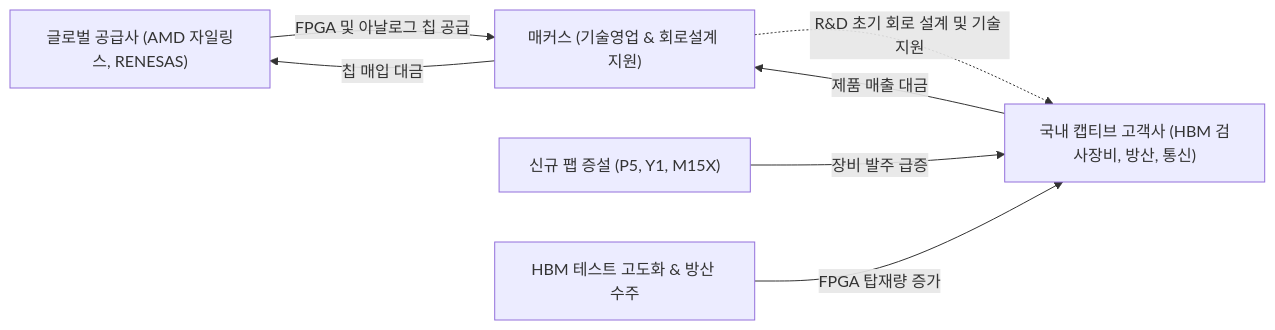
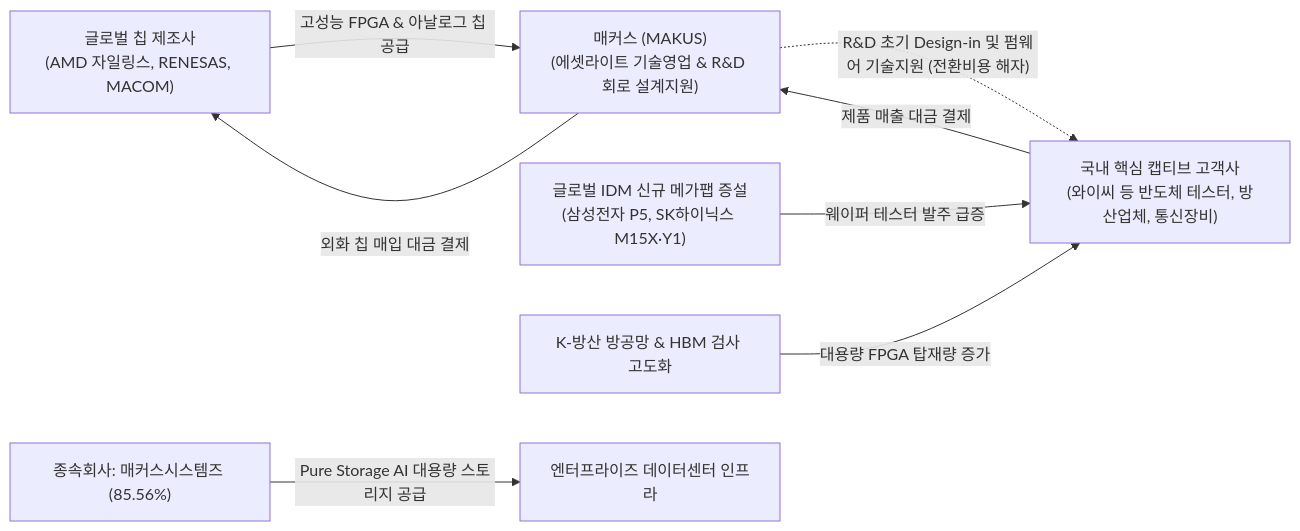
Before and after one commit to eve830521-cmd/my-skill: the diagram in Stock_Research/매커스/3_Final_Reports/Phase1_Report.md, drawn with Mermaid. The commit also changed other lines of this file and 37 other files, not shown here.

````diff
--- a/Stock_Research/매커스/3_Final_Reports/Phase1_Report.md
+++ b/Stock_Research/매커스/3_Final_Reports/Phase1_Report.md
@@ -22,9 +16,10 @@
 ```mermaid
 graph LR
-    A["글로벌 공급사 (AMD 자일링스, RENESAS)"] -->|"FPGA 및 아날로그 칩 공급"| B["매커스 (기술영업 & 회로설계 지원)"]
-    B -. "R&D 초기 회로 설계 및 기술 지원" .-> C["국내 캡티브 고객사 (HBM 검사장비, 방산, 통신)"]
-    C -->|"제품 매출 대금"| B
-    B -->|"칩 매입 대금"| A
-    D["신규 팹 증설 (P5, Y1, M15X)"] -->|"장비 발주 급증"| C
-    E["HBM 테스트 고도화 & 방산 수주"] -->|"FPGA 탑재량 증가"| C
+    A["글로벌 칩 제조사<br>(AMD 자일링스, RENESAS, MACOM)"] -->|"고성능 FPGA & 아날로그 칩 공급"| B["매커스 (MAKUS)<br>(에셋라이트 기술영업 & R&D 회로 설계지원)"]
+    B -. "R&D 초기 Design-in 및 펌웨어 기술지원 (전환비용 해자)" .-> C["국내 핵심 캡티브 고객사<br>(와이씨 등 반도체 테스터, 방산업체, 통신장비)"]
+    C -->|"제품 매출 대금 결제"| B
+    B -->|"외화 칩 매입 대금 결제"| A
+    D["글로벌 IDM 신규 메가팹 증설<br>(삼성전자 P5, SK하이닉스 M15X·Y1)"] -->|"웨이퍼 테스터 발주 급증"| C
+    E["K-방산 방공망 & HBM 검사 고도화"] -->|"대용량 FPGA 탑재량 증가"| C
+    F["종속회사: 매커스시스템즈 (85.56%)"] -->|"Pure Storage AI 대용량 스토리지 공급"| G["엔터프라이즈 데이터센터 인프라"]
 ```
````
